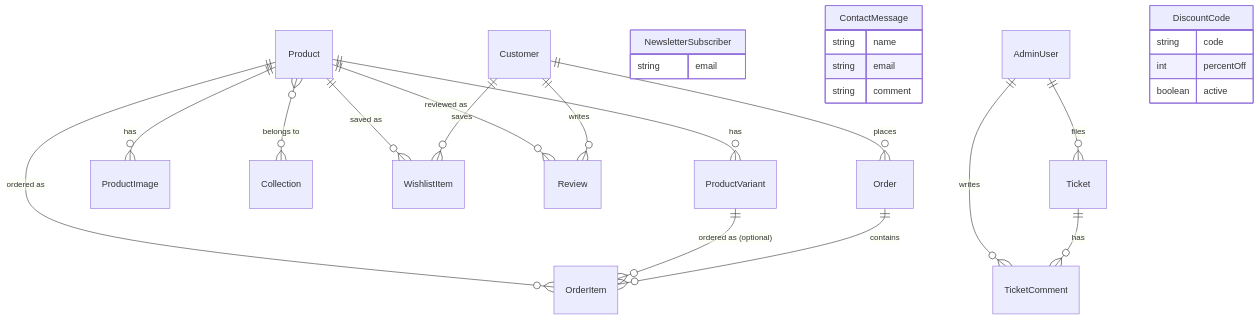
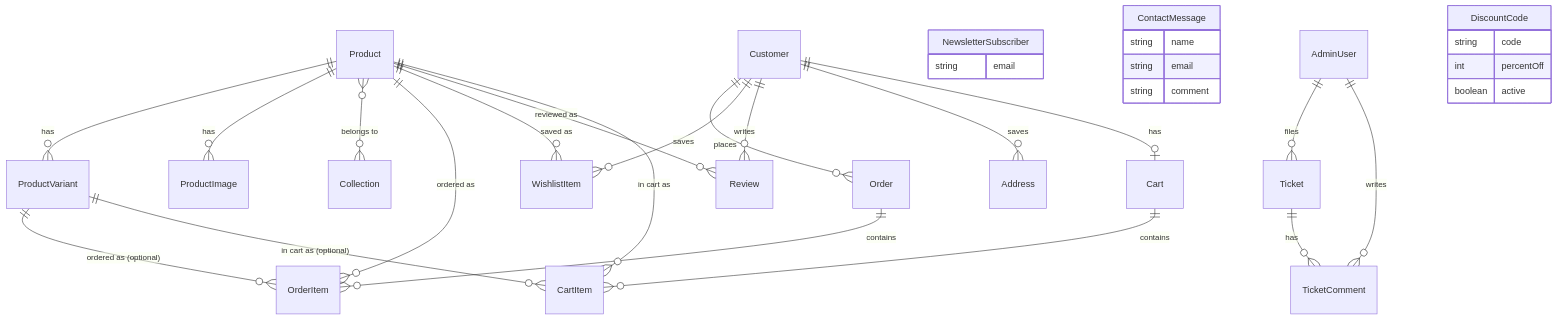
One commit to beautifulforceOrg/beautifulforce changed the fourth of 12 diagrams in docs/architecture.md. Above: the diagram before and after it, drawn with Mermaid. The commit also changed other lines of this file and 13 other files, not shown here.

````diff
--- a/docs/architecture.md
+++ b/docs/architecture.md
@@ -173,30 +173,35 @@
 ```mermaid
 erDiagram
   Product ||--o{ ProductVariant : has
   Product ||--o{ ProductImage : has
   Product }o--o{ Collection : "belongs to"
   Product ||--o{ OrderItem : "ordered as"
   Product ||--o{ WishlistItem : "saved as"
   Product ||--o{ Review : "reviewed as"
   ProductVariant ||--o{ OrderItem : "ordered as (optional)"
   Order ||--o{ OrderItem : contains
   Customer ||--o{ Order : places
   Customer ||--o{ WishlistItem : saves
   Customer ||--o{ Review : writes
+  Customer ||--o{ Address : saves
+  Customer ||--o| Cart : has
+  Cart ||--o{ CartItem : contains
+  Product ||--o{ CartItem : "in cart as"
+  ProductVariant ||--o{ CartItem : "in cart as (optional)"
   NewsletterSubscriber {
     string email
   }
   ContactMessage {
     string name
     string email
     string comment
   }
   AdminUser ||--o{ Ticket : files
   AdminUser ||--o{ TicketComment : writes
   Ticket ||--o{ TicketComment : has
   DiscountCode {
     string code
     int percentOff
     boolean active
   }
 ```
````
